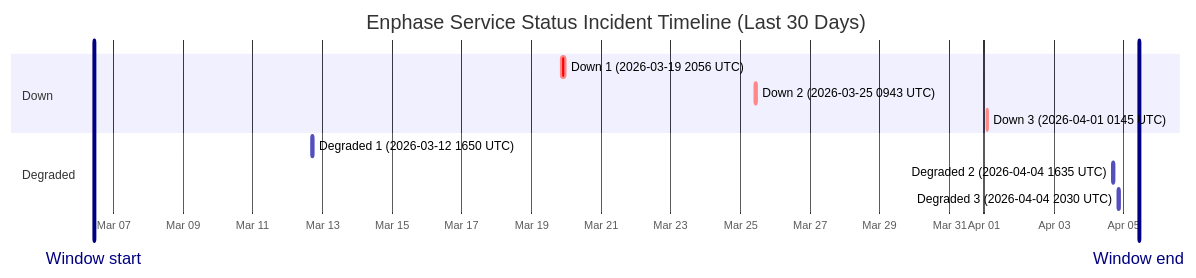
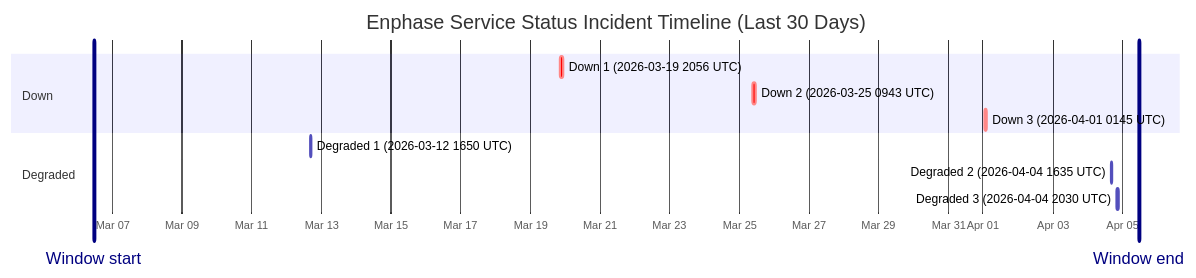
The diagram in wiki/Service-Status-History.md (barneyonline/ha-enphase-ev-charger), drawn with Mermaid before and after one commit. The commit also changed other lines of this file and 3 other files, not shown here.

````diff
--- a/wiki/Service-Status-History.md
+++ b/wiki/Service-Status-History.md
@@ -14,16 +14,16 @@
 ```mermaid
 gantt
     title Enphase Service Status Incident Timeline (Last 30 Days)
     dateFormat  YYYY-MM-DDTHH:mm:ss
     axisFormat  %b %d
-    Window start :vert, window-start, 2026-03-06T10:33:08, 0ms
-    Window end :vert, window-end, 2026-04-05T10:33:08, 0ms
+    Window start :vert, window-start, 2026-03-06T11:29:10, 0ms
+    Window end :vert, window-end, 2026-04-05T11:29:10, 0ms
     section Down
     Down 1 (2026-03-19 2056 UTC) :crit, down-1, 2026-03-19T20:56:20, 145m
     Down 2 (2026-03-25 0943 UTC) :crit, down-2, 2026-03-25T09:43:28, 111m
     Down 3 (2026-04-01 0145 UTC) :crit, down-3, 2026-04-01T01:45:09, 60m
     section Degraded
     Degraded 1 (2026-03-12 1650 UTC) :active, degraded-1, 2026-03-12T16:50:43, 60m
     Degraded 2 (2026-04-04 1635 UTC) :active, degraded-2, 2026-04-04T16:35:17, 60m
     Degraded 3 (2026-04-04 2030 UTC) :active, degraded-3, 2026-04-04T20:30:40, 60m
 ```
````
